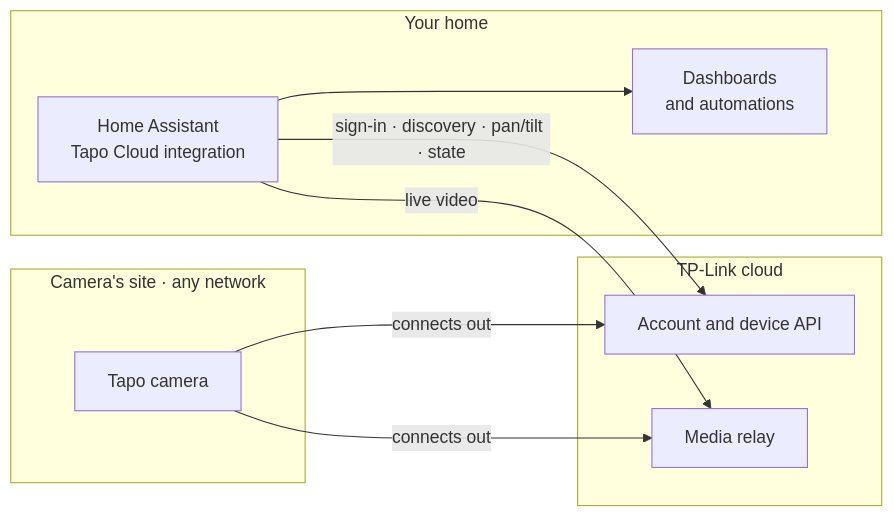
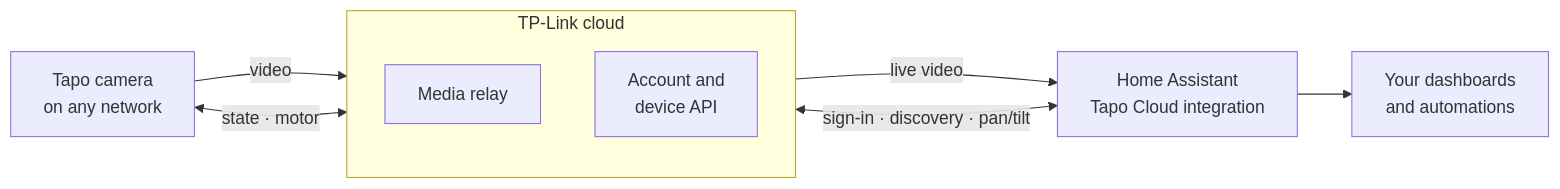
Before and after one commit to Limmi1/ha-tapo-cloud: the first of 2 diagrams in README.md, drawn with Mermaid. The commit also changed other lines of this file, not shown here.

Commit message:
Redraw the README overview diagram to read camera → cloud → Home Assistant

````diff
--- a/README.md
+++ b/README.md
@@ -29,19 +29,16 @@
 ```mermaid
 flowchart LR
-    subgraph site["Camera's site · any network"]
-        cam["Tapo camera"]
+    cam["Tapo camera<br/>on any network"]
+    subgraph cloud["TP-Link cloud"]
+        direction TB
+        relay["Media relay"]
+        api["Account and<br/>device API"]
     end
-    subgraph cloud["TP-Link cloud"]
-        api["Account and device API"]
-        relay["Media relay"]
-    end
-    subgraph home["Your home"]
-        ha["Home Assistant<br/>Tapo Cloud integration"]
-        dash["Dashboards<br/>and automations"]
-    end
-    cam -- "connects out" --> api
-    cam -- "connects out" --> relay
-    ha -- "sign-in · discovery · pan/tilt · state" --> api
-    ha -- "live video" --> relay
+    ha["Home Assistant<br/>Tapo Cloud integration"]
+    dash["Your dashboards<br/>and automations"]
+    cam -- "video" --> relay
+    cam <-- "state · motor" --> api
+    relay -- "live video" --> ha
+    api <-- "sign-in · discovery · pan/tilt" --> ha
     ha --> dash
 ```
````
